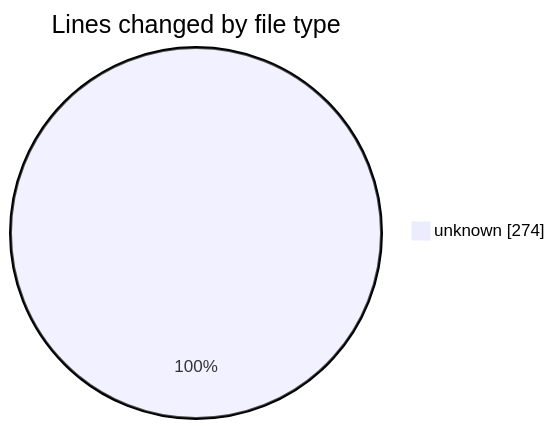
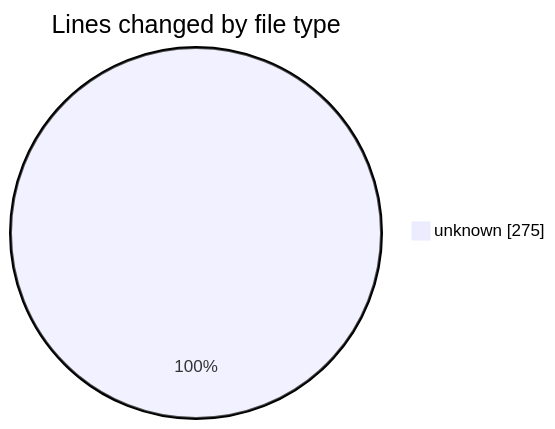
The first of 2 diagrams in 2025-06-13/ecodeli-1/README.md (CELIANVF/code-tracking), drawn with Mermaid before and after one commit. The commit also changed other lines of this file and 1 other file, not shown here.

````diff
--- a/2025-06-13/ecodeli-1/README.md
+++ b/2025-06-13/ecodeli-1/README.md
@@ -20,5 +20,5 @@
 ```mermaid
 pie showData
 title Lines changed by file type
-"unknown" : 274
+"unknown" : 275
 ```
````
